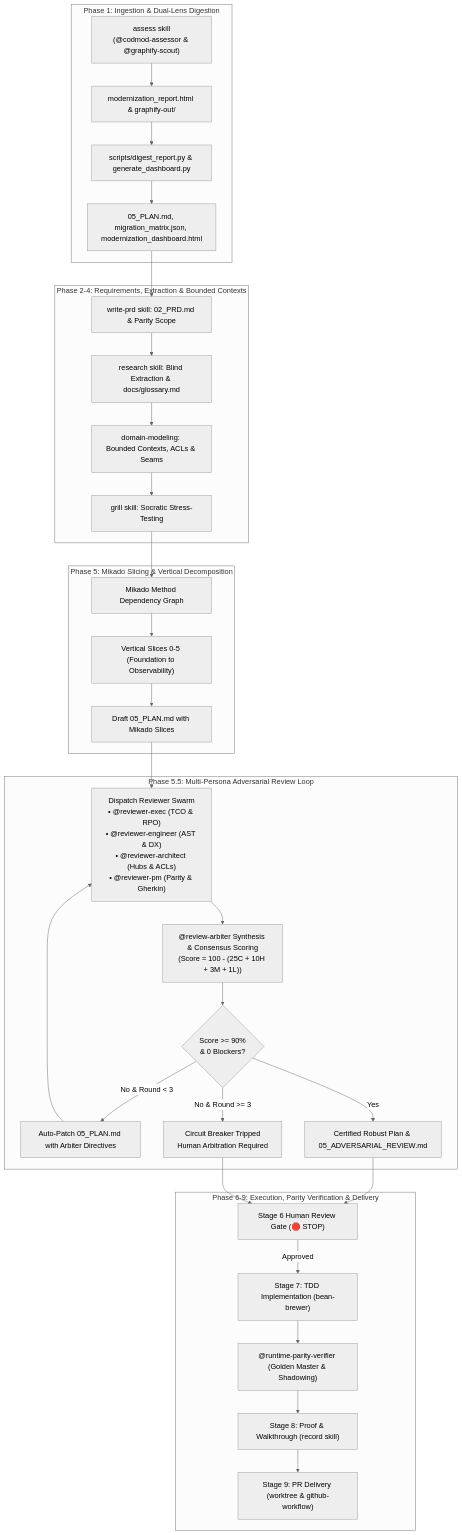
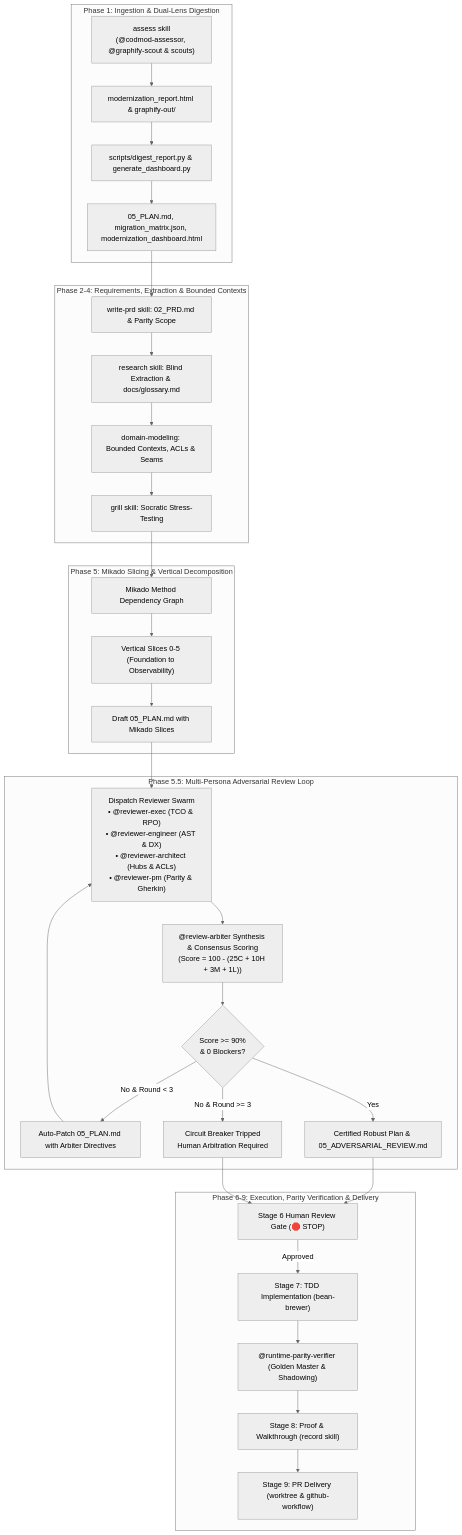
The diagram in skills/rewrite/SKILL.md (sapientcoffee/bean-grinder), drawn with Mermaid (neutral theme) before and after one commit. The commit also changed other lines of this file and 6 other files, not shown here.

````diff
--- a/skills/rewrite/SKILL.md
+++ b/skills/rewrite/SKILL.md
@@ -31,39 +31,39 @@
 ```mermaid
 flowchart TD
     subgraph P1["Phase 1: Ingestion & Dual-Lens Digestion"]
-        Assess["assess skill<br/>(@codmod-assessor & @graphify-scout)"] --> Reports["modernization_report.html & graphify-out/"]
+        Assess["assess skill<br/>(@codmod-assessor, @graphify-scout & scouts)"] --> Reports["modernization_report.html & graphify-out/"]
         Reports --> Digest["scripts/digest_report.py & generate_dashboard.py"]
         Digest --> BasePlan["05_PLAN.md, migration_matrix.json, modernization_dashboard.html"]
     end
 
     subgraph P2["Phase 2-4: Requirements, Extraction & Bounded Contexts"]
         BasePlan --> PRD["write-prd skill: 02_PRD.md & Parity Scope"]
         PRD --> Research["research skill: Blind Extraction & docs/glossary.md"]
         Research --> ArchModel["domain-modeling: Bounded Contexts, ACLs & Seams"]
         ArchModel --> Grill["grill skill: Socratic Stress-Testing"]
     end
 
     subgraph P5["Phase 5: Mikado Slicing & Vertical Decomposition"]
         Grill --> Mikado["Mikado Method Dependency Graph"]
         Mikado --> Slices["Vertical Slices 0-5 (Foundation to Observability)"]
         Slices --> SlicePlan["Draft 05_PLAN.md with Mikado Slices"]
     end
 
     subgraph P55["Phase 5.5: Multi-Persona Adversarial Review Loop"]
         SlicePlan --> Swarm["Dispatch Reviewer Swarm<br/>• @reviewer-exec (TCO & RPO)<br/>• @reviewer-engineer (AST & DX)<br/>• @reviewer-architect (Hubs & ACLs)<br/>• @reviewer-pm (Parity & Gherkin)"]
         Swarm --> Arbiter["@review-arbiter Synthesis & Consensus Scoring<br/>(Score = 100 - (25C + 10H + 3M + 1L))"]
         Arbiter --> ConvergenceCheck{"Score >= 90%<br/>& 0 Blockers?"}
         ConvergenceCheck -->|No & Round < 3| PatchPlan["Auto-Patch 05_PLAN.md with Arbiter Directives"] --> Swarm
         ConvergenceCheck -->|No & Round >= 3| CircuitBreak["Circuit Breaker Tripped<br/>Human Arbitration Required"]
         ConvergenceCheck -->|Yes| RobustPlan["Certified Robust Plan & 05_ADVERSARIAL_REVIEW.md"]
     end
 
     subgraph P69["Phase 6-9: Execution, Parity Verification & Delivery"]
         RobustPlan --> HumanGate["Stage 6 Human Review Gate (🛑 STOP)"]
         CircuitBreak --> HumanGate
         HumanGate -->|Approved| TDD["Stage 7: TDD Implementation (bean-brewer)"]
         TDD --> Parity["@runtime-parity-verifier (Golden Master & Shadowing)"]
         Parity --> Proof["Stage 8: Proof & Walkthrough (record skill)"]
         Proof --> PR["Stage 9: PR Delivery (worktree & github-workflow)"]
     end
 ```
````
